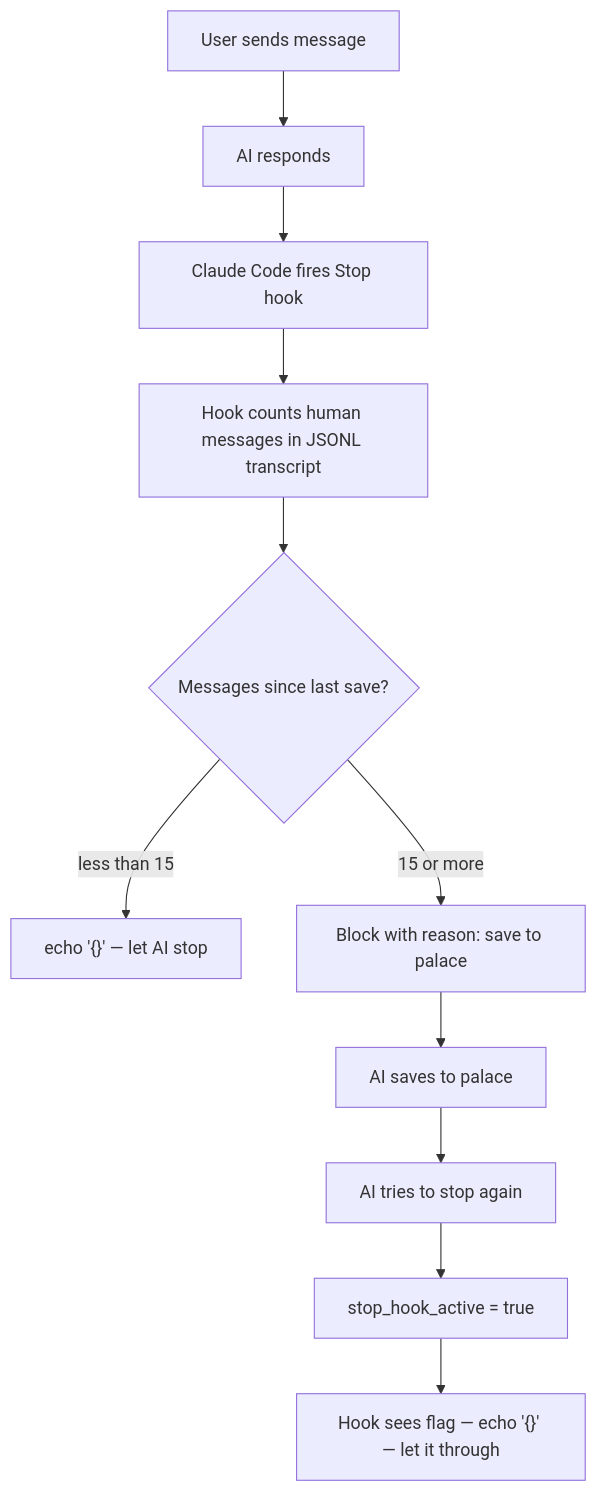
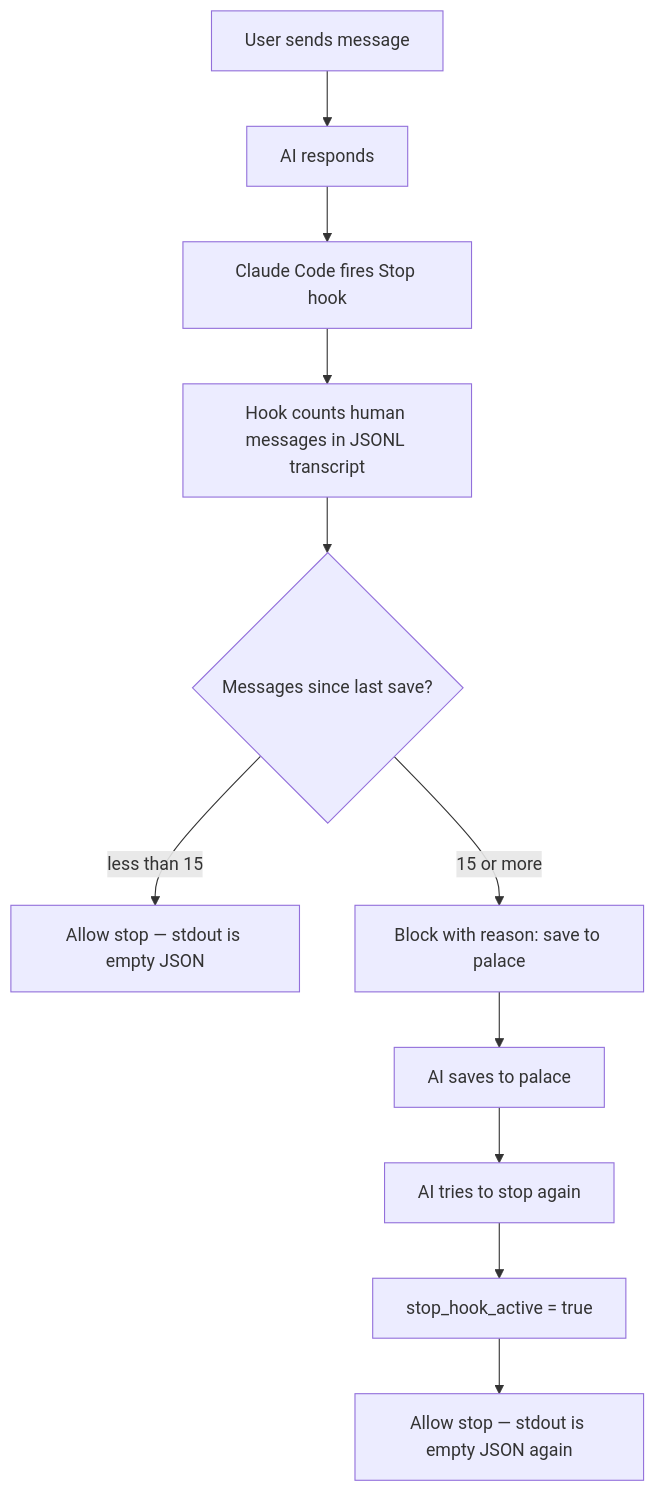
Before and after one commit to milla-jovovich/mempalace: the first of 2 diagrams in hooks/README.md, drawn with Mermaid. The commit also changed other lines of this file and 3 other files, not shown here.

First line of the commit message:
docs: address PR 393 review (Mermaid labels, tunnel, wording)

````diff
--- a/hooks/README.md
+++ b/hooks/README.md
@@ -87,13 +87,13 @@
 ```mermaid
 flowchart TB
   A[User sends message] --> B[AI responds]
   B --> C[Claude Code fires Stop hook]
   C --> D[Hook counts human messages in JSONL transcript]
   D --> E{Messages since last save?}
-  E -->|less than 15| F["echo '{}' — let AI stop"]
+  E -->|less than 15| F["Allow stop — stdout is empty JSON"]
   E -->|15 or more| G["Block with reason: save to palace"]
   G --> H[AI saves to palace]
   H --> I[AI tries to stop again]
   I --> J["stop_hook_active = true"]
-  J --> K["Hook sees flag — echo '{}' — let it through"]
+  J --> K["Allow stop — stdout is empty JSON again"]
 ```
````
